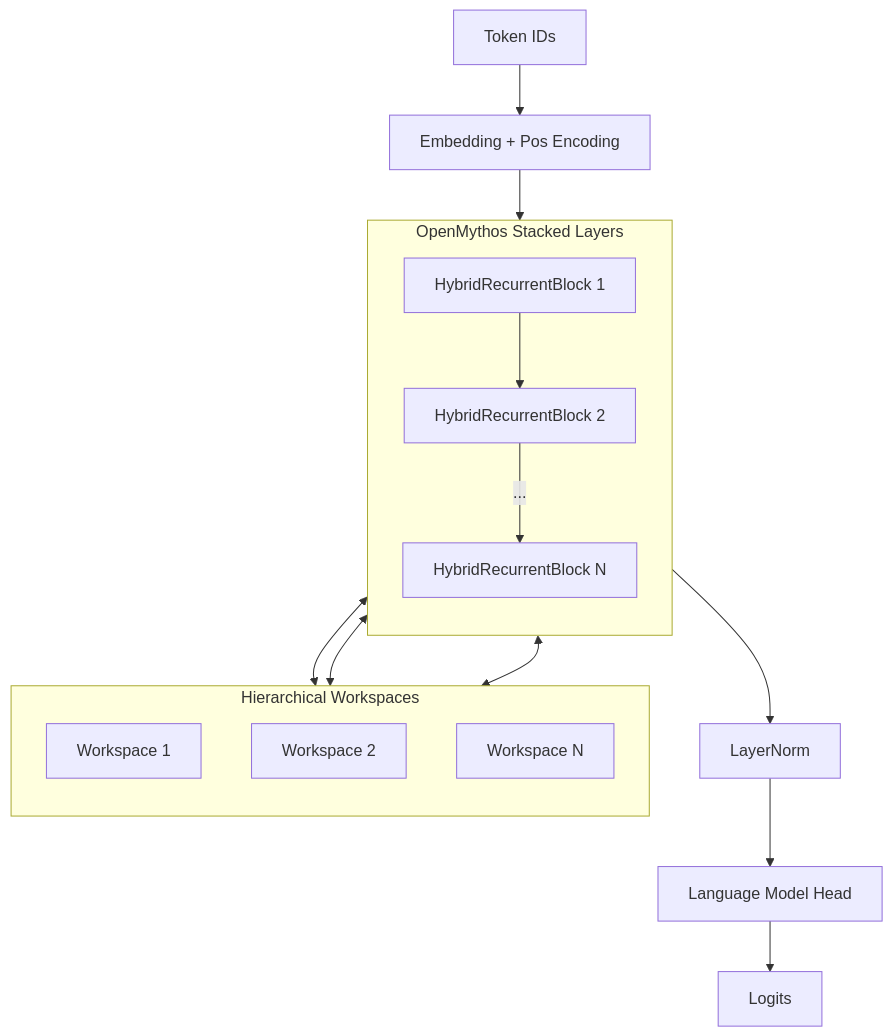
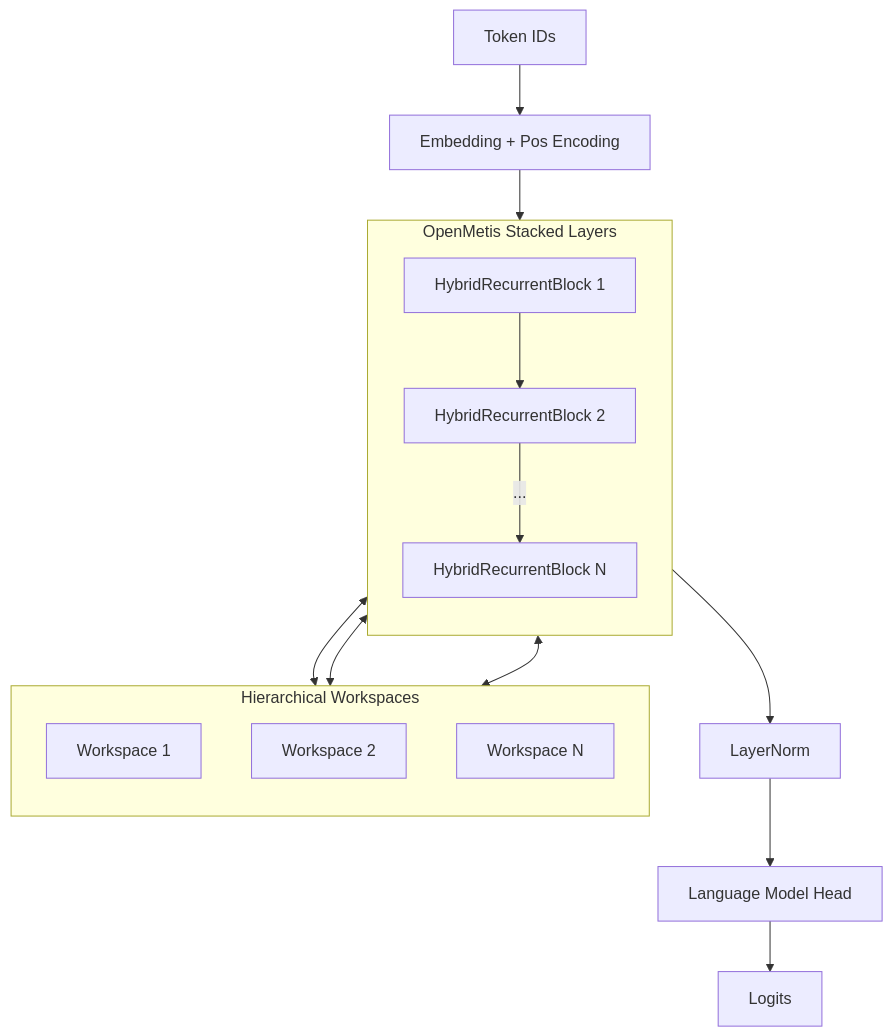
One commit to Neutron-Binary-LLC/OpenMetis changed the first of 2 diagrams in metis_model/README.md. Above: the diagram before and after it, drawn with Mermaid. The commit also changed other lines of this file and 2 other files, not shown here.

````diff
--- a/metis_model/README.md
+++ b/metis_model/README.md
@@ -11,30 +11,30 @@
 ```mermaid
 graph TD
     Input[Token IDs] --> Emb[Embedding + Pos Encoding]
     
-    subgraph MythosStack [OpenMythos Stacked Layers]
+    subgraph MythosStack [OpenMetis Stacked Layers]
         direction TB
         Layer1[HybridRecurrentBlock 1]
         Layer2[HybridRecurrentBlock 2]
         LayerN[HybridRecurrentBlock N]
         
         Layer1 --> Layer2
         Layer2 -->|...| LayerN
     end
     
     subgraph Workspaces [Hierarchical Workspaces]
         direction TB
         WS1[Workspace 1]
         WS2[Workspace 2]
         WSN[Workspace N]
     end
     
     Emb --> Layer1
     Layer1 <--> WS1
     Layer2 <--> WS2
     LayerN <--> WSN
     
     LayerN --> Norm[LayerNorm]
     Norm --> Head[Language Model Head]
     Head --> Output[Logits]
 ```
````
